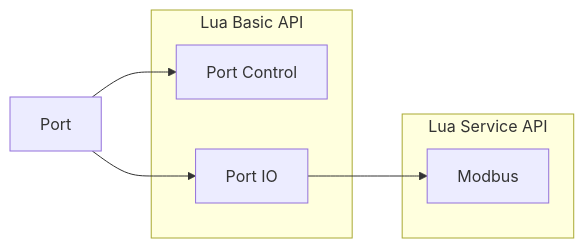
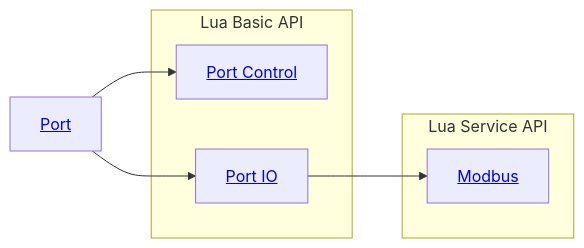
One commit to zyt20001205/UniComm2 changed the first of 2 diagrams in readme.md. Above: the diagram before and after it, drawn with Mermaid.

Commit message:
readme modified

````diff
--- a/readme.md
+++ b/readme.md
@@ -40,16 +40,16 @@
 ```mermaid
 flowchart LR
-    port[Port<a href='#Support Port Types'>]
+    port[<a href='#Support Port Types'>Port</a>]
 
     subgraph Lua Basic API
-        portControl[Port Control<a href='#Port Control'>]
-        portIO[Port IO<a href='#Port IO'>]
+        portControl[<a href='#Port Control'>Port Control</a>]
+        portIO[<a href='#Port IO'>Port IO</a>]
     end
 
     subgraph Lua Service API
-        modbus[Modbus<a href='#Modbus'>]
+        modbus[<a href='#Modbus'>Modbus</a>]
     end
 
     port --> portControl & portIO
     portIO --> modbus
 ```
````
